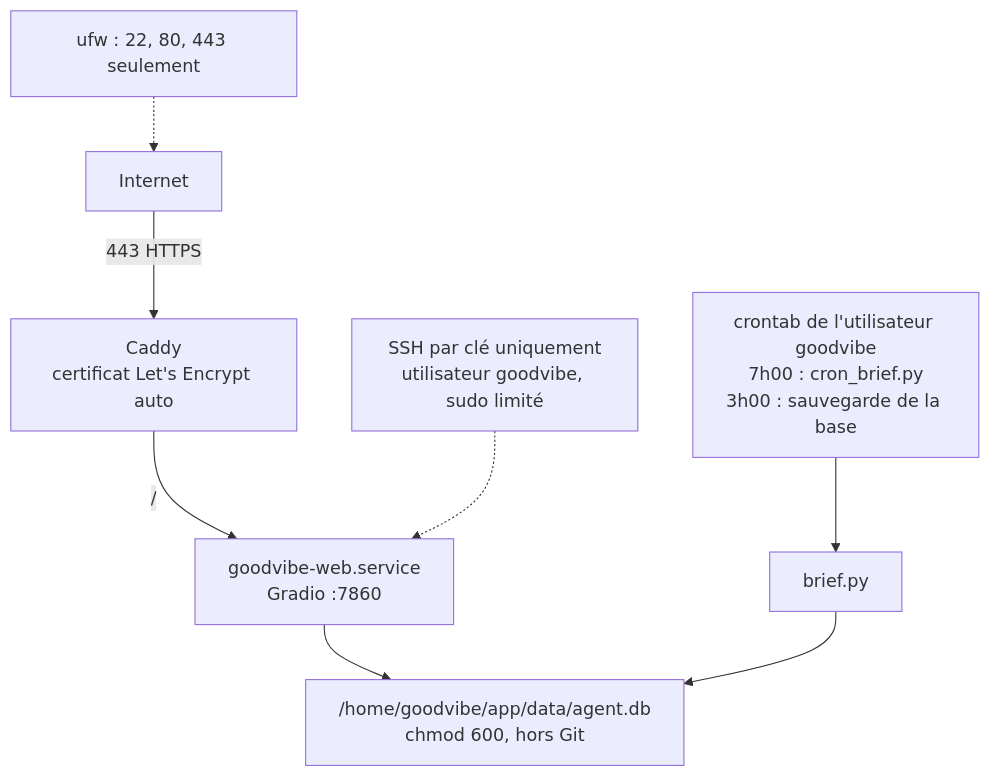
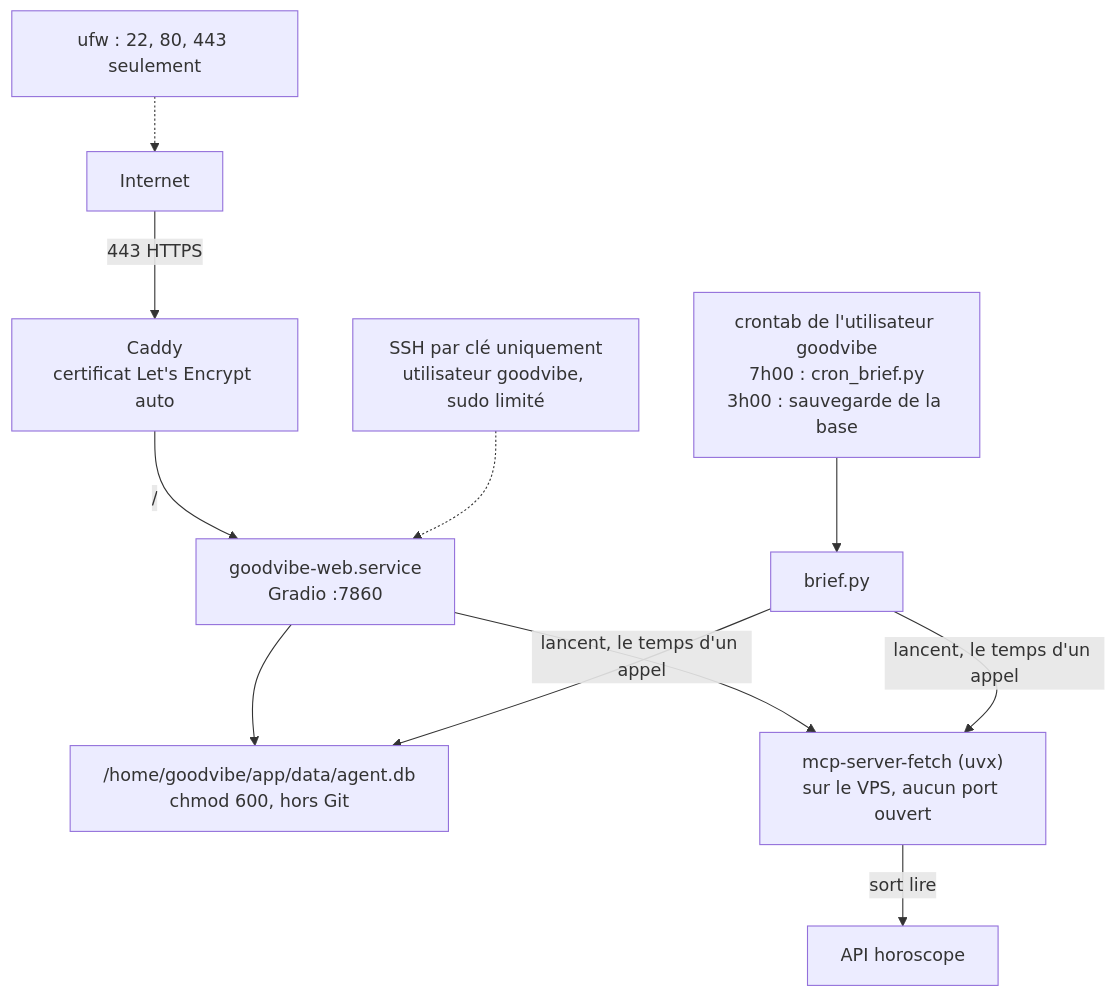
One commit to lecinquiemejour-code/goodvibe-tuto changed diagram 33 of 44 in tuto-goodvibe-vibecoding.md. Above: the diagram before and after it, drawn with Mermaid. The commit also changed other lines of this file and 2 other files, not shown here.

First line of the commit message:
docs(tuto): le MCP expliqué (une API n'est pas un MCP), plus aucun texte de repli

````diff
--- a/tuto-goodvibe-vibecoding.md
+++ b/tuto-goodvibe-vibecoding.md
@@ -1217,9 +1336,11 @@
 ```mermaid
 flowchart TD
     I["Internet"] -- "443 HTTPS" --> CD["Caddy<br/>certificat Let's Encrypt auto"]
     CD -- "/  " --> GR["goodvibe-web.service<br/>Gradio :7860"]
     CR["crontab de l'utilisateur goodvibe<br/>7h00 : cron_brief.py<br/>3h00 : sauvegarde de la base"] --> BR["brief.py"]
     GR & BR --> DB["/home/goodvibe/app/data/agent.db<br/>chmod 600, hors Git"]
+    GR & BR -- "lancent, le temps d'un appel" --> MF["mcp-server-fetch (uvx)<br/>sur le VPS, aucun port ouvert"]
+    MF -- "sort lire" --> HO["API horoscope"]
     UFW["ufw : 22, 80, 443 seulement"] -.-> I
     SSH["SSH par clé uniquement<br/>utilisateur goodvibe, sudo limité"] -.-> GR
 ```
````
